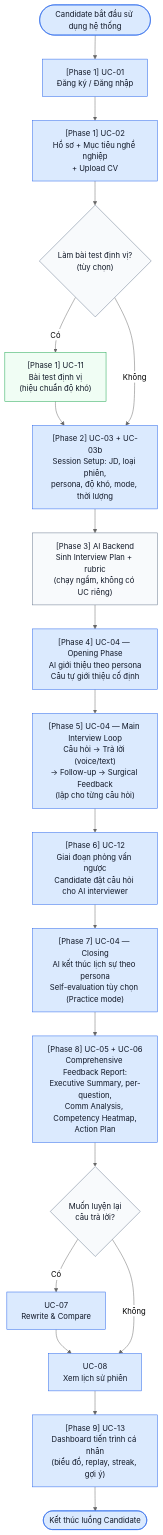
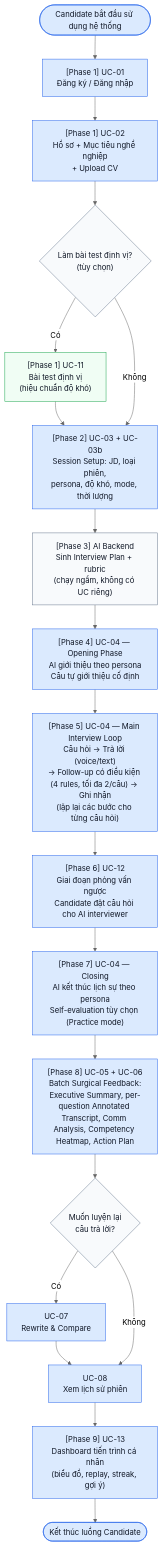
The fourth of 5 diagrams in docs/RequirementAnalysis/SRS/SRS_InterviewAI_Full.md (lethanhan01/interview-coach), drawn with Mermaid (neutral theme) before and after one commit.

````diff
--- a/docs/RequirementAnalysis/SRS/SRS_InterviewAI_Full.md
+++ b/docs/RequirementAnalysis/SRS/SRS_InterviewAI_Full.md
@@ -422,32 +422,32 @@
 ```mermaid
 flowchart TD
     classDef actorStep fill:#dbeafe,stroke:#2563eb,color:#111827
     classDef systemStep fill:#f8fafc,stroke:#64748b,color:#111827
     classDef optionalStep fill:#f0fdf4,stroke:#16a34a,color:#111827
 
     Start([Candidate bắt đầu sử dụng hệ thống]):::actorStep
     P1_Login["[Phase 1] UC-01\nĐăng ký / Đăng nhập"]:::actorStep
     P1_Profile["[Phase 1] UC-02\nHồ sơ + Mục tiêu nghề nghiệp\n+ Upload CV"]:::actorStep
     P1_Test{"Làm bài test định vị?\n(tùy chọn)"}:::systemStep
     P1_PlacementTest["[Phase 1] UC-11\nBài test định vị\n(hiệu chuẩn độ khó)"]:::optionalStep
     P2["[Phase 2] UC-03 + UC-03b\nSession Setup: JD, loại phiên,\npersona, độ khó, mode, thời lượng"]:::actorStep
     P3["[Phase 3] AI Backend\nSinh Interview Plan + rubric\n(chạy ngầm, không có UC riêng)"]:::systemStep
     P4_Opening["[Phase 4] UC-04 — Opening Phase\nAI giới thiệu theo persona\nCâu tự giới thiệu cố định"]:::actorStep
-    P5_Loop["[Phase 5] UC-04 — Main Interview Loop\nCâu hỏi → Trả lời (voice/text)\n→ Follow-up → Surgical Feedback\n(lặp cho từng câu hỏi)"]:::actorStep
+    P5_Loop["[Phase 5] UC-04 — Main Interview Loop\nCâu hỏi → Trả lời (voice/text)\n→ Follow-up có điều kiện (4 rules, tối đa 2/câu) → Ghi nhận\n(lặp lại các bước cho từng câu hỏi)"]:::actorStep
     P6_ReverseQ["[Phase 6] UC-12\nGiai đoạn phỏng vấn ngược\nCandidate đặt câu hỏi cho AI interviewer"]:::actorStep
     P7_Closing["[Phase 7] UC-04 — Closing\nAI kết thúc lịch sự theo persona\nSelf-evaluation tùy chọn (Practice mode)"]:::actorStep
-    P8_Feedback["[Phase 8] UC-05 + UC-06\nComprehensive Feedback Report:\nExecutive Summary, per-question,\nComm Analysis, Competency Heatmap,\nAction Plan"]:::actorStep
+    P8_Feedback["[Phase 8] UC-05 + UC-06\nBatch Surgical Feedback:\nExecutive Summary, per-question Annotated Transcript, Comm Analysis, Competency Heatmap, Action Plan"]:::actorStep
     RewriteDecision{"Muốn luyện lại\ncâu trả lời?"}:::systemStep
     Rewrite["UC-07\nRewrite & Compare"]:::actorStep
     P9_History["UC-08\nXem lịch sử phiên"]:::actorStep
     P9_Dashboard["[Phase 9] UC-13\nDashboard tiến trình cá nhân\n(biểu đồ, replay, streak, gợi ý)"]:::actorStep
     End([Kết thúc luồng Candidate]):::actorStep
 
     Start --> P1_Login --> P1_Profile --> P1_Test
     P1_Test -->|Có| P1_PlacementTest --> P2
     P1_Test -->|Không| P2
     P2 --> P3 --> P4_Opening --> P5_Loop --> P6_ReverseQ --> P7_Closing --> P8_Feedback --> RewriteDecision
     RewriteDecision -->|Có| Rewrite --> P9_History
     RewriteDecision -->|Không| P9_History
     P9_History --> P9_Dashboard --> End
 ```
````
